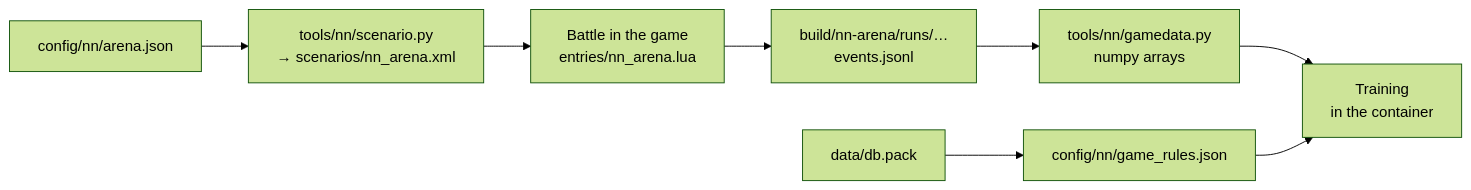
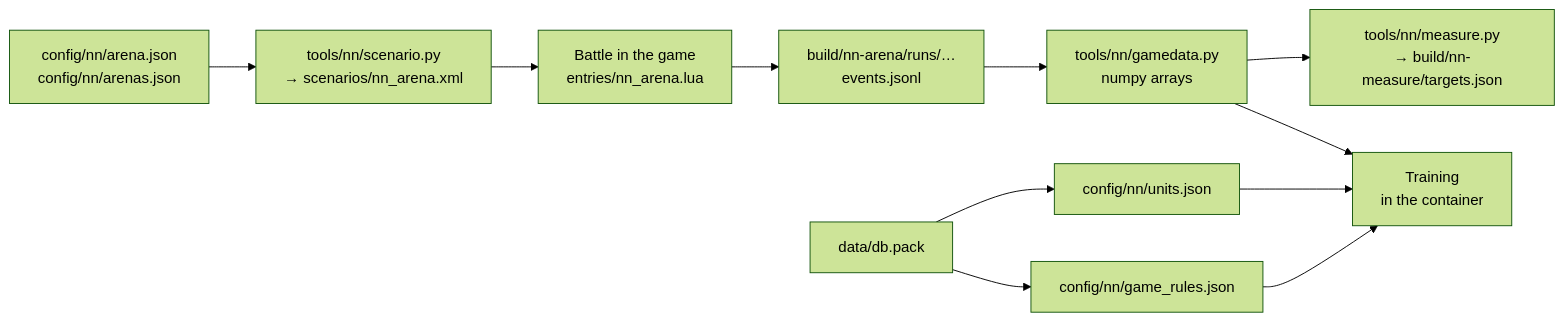
One commit to DimaZero7/TWW3-batle-ai changed the diagram in docs/en/training/README.md. Above: the diagram before and after it, drawn with Mermaid (forest theme). The commit also changed other lines of this file and 29 other files, not shown here.

````diff
--- a/docs/en/training/README.md
+++ b/docs/en/training/README.md
@@ -10,10 +10,13 @@
 ```mermaid
 flowchart LR
-  arena["config/nn/arena.json"] --> scen["tools/nn/scenario.py<br/>→ scenarios/nn_arena.xml"]
+  arena["config/nn/arena.json<br/>config/nn/arenas.json"] --> scen["tools/nn/scenario.py<br/>→ scenarios/nn_arena.xml"]
   scen --> game["Battle in the game<br/>entries/nn_arena.lua"]
   game --> runs["build/nn-arena/runs/…<br/>events.jsonl"]
   runs --> load["tools/nn/gamedata.py<br/>numpy arrays"]
   db["data/db.pack"] --> rules["config/nn/game_rules.json"]
+  db --> passports["config/nn/units.json"]
   load --> train["Training<br/>in the container"]
+  load --> measure["tools/nn/measure.py<br/>→ build/nn-measure/targets.json"]
   rules --> train
+  passports --> train
 ```
````
